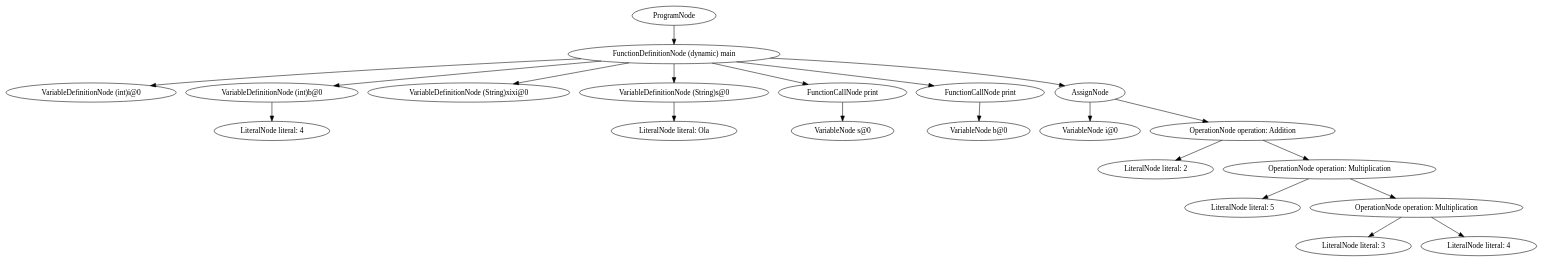
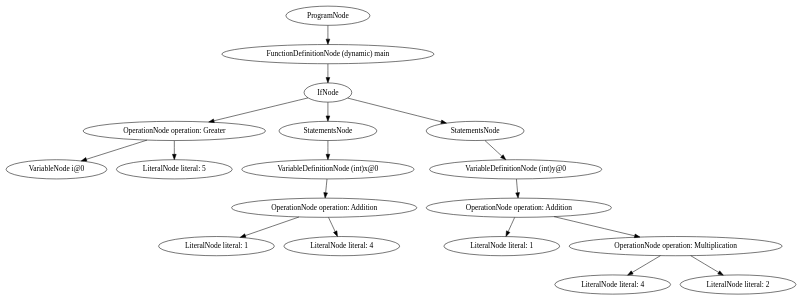
Before and after one commit to hericles-koelher/dart-compiler-ANTLR: the diagram in ast1.dot, drawn with Graphviz. The commit also changed 9 other files, not shown here.

```diff
--- a/ast1.dot
+++ b/ast1.dot
@@ -1,44 +1,38 @@
 digraph {
 graph [ordering="out"];
 node0[label="ProgramNode "];
 node1[label="FunctionDefinitionNode (dynamic) main "];
-node2[label="VariableDefinitionNode (int)i@0"];
+node2[label="IfNode "];
+node3[label="OperationNode operation: Greater"];
+node4[label="VariableNode i@0"];
+node3 -> node4;
+node5[label="LiteralNode literal: 5"];
+node3 -> node5;
+node2 -> node3;
+node6[label="StatementsNode "];
+node7[label="VariableDefinitionNode (int)x@0"];
+node8[label="OperationNode operation: Addition"];
+node9[label="LiteralNode literal: 1"];
+node8 -> node9;
+node10[label="LiteralNode literal: 4"];
+node8 -> node10;
+node7 -> node8;
+node6 -> node7;
+node2 -> node6;
+node11[label="StatementsNode "];
+node12[label="VariableDefinitionNode (int)y@0"];
+node13[label="OperationNode operation: Addition"];
+node14[label="LiteralNode literal: 1"];
+node13 -> node14;
+node15[label="OperationNode operation: Multiplication"];
+node16[label="LiteralNode literal: 4"];
+node15 -> node16;
+node17[label="LiteralNode literal: 2"];
+node15 -> node17;
+node13 -> node15;
+node12 -> node13;
+node11 -> node12;
+node2 -> node11;
 node1 -> node2;
-node3[label="VariableDefinitionNode (int)b@0"];
-node4[label="LiteralNode literal: 4"];
-node3 -> node4;
-node1 -> node3;
-node5[label="VariableDefinitionNode (String)xixi@0"];
-node1 -> node5;
-node6[label="VariableDefinitionNode (String)s@0"];
-node7[label="LiteralNode literal: Ola"];
-node6 -> node7;
-node1 -> node6;
-node8[label="FunctionCallNode print"];
-node9[label="VariableNode s@0"];
-node8 -> node9;
-node1 -> node8;
-node10[label="FunctionCallNode print"];
-node11[label="VariableNode b@0"];
-node10 -> node11;
-node1 -> node10;
-node12[label="AssignNode"];
-node13[label="VariableNode i@0"];
-node12 -> node13;
-node14[label="OperationNode operation: Addition"];
-node15[label="LiteralNode literal: 2"];
-node14 -> node15;
-node16[label="OperationNode operation: Multiplication"];
-node17[label="LiteralNode literal: 5"];
-node16 -> node17;
-node18[label="OperationNode operation: Multiplication"];
-node19[label="LiteralNode literal: 3"];
-node18 -> node19;
-node20[label="LiteralNode literal: 4"];
-node18 -> node20;
-node16 -> node18;
-node14 -> node16;
-node12 -> node14;
-node1 -> node12;
 node0 -> node1;
 }
```
